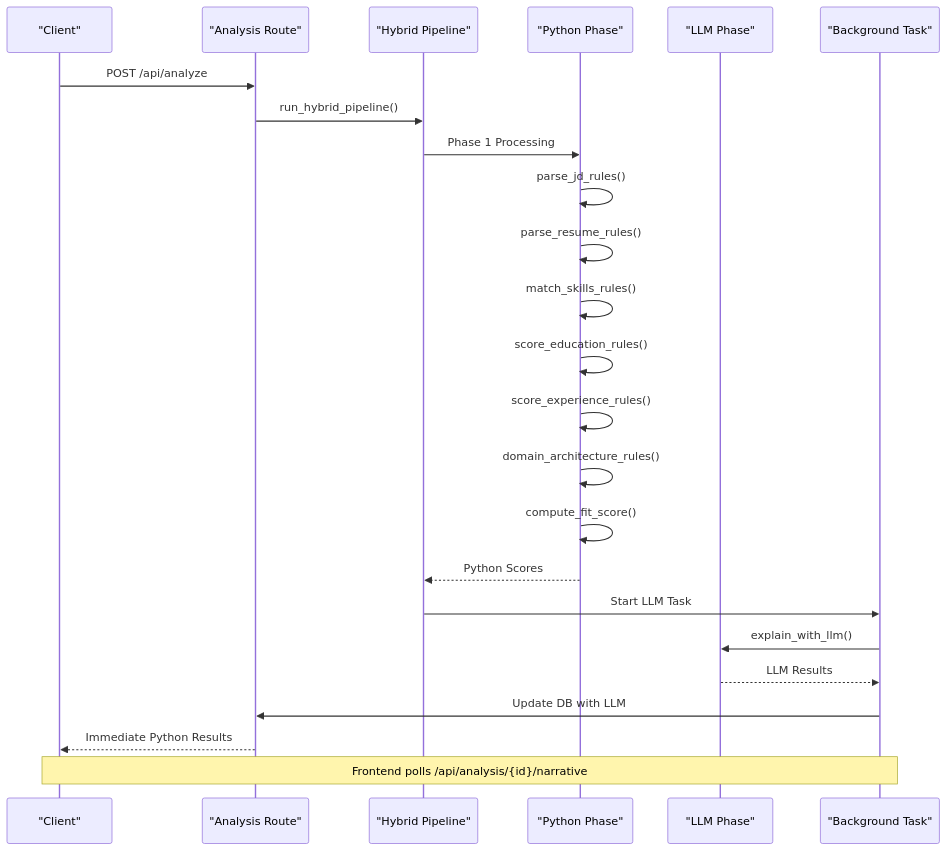
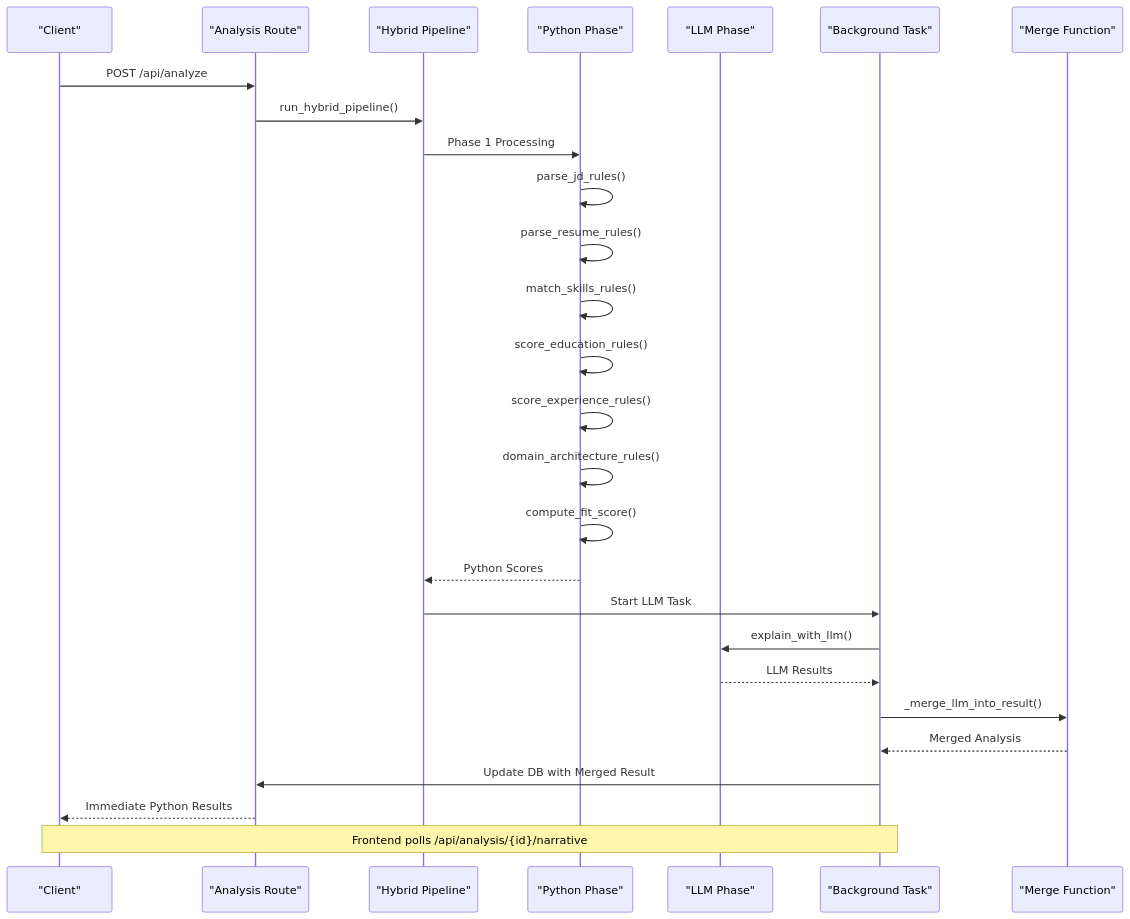
Before and after one commit to Revanththetalogics/aireume: the fifth of 9 diagrams in .qoder/repowiki/en/content/Hybrid Pipeline.md, drawn with Mermaid. The commit also changed other lines of this file and 3 other files, not shown here.

````diff
--- a/.qoder/repowiki/en/content/Hybrid Pipeline.md
+++ b/.qoder/repowiki/en/content/Hybrid Pipeline.md
@@ -206,26 +213,29 @@
 ```mermaid
 sequenceDiagram
 participant Client as "Client"
 participant Route as "Analysis Route"
 participant Hybrid as "Hybrid Pipeline"
 participant Python as "Python Phase"
 participant LLM as "LLM Phase"
 participant Background as "Background Task"
+participant Merge as "Merge Function"
 Client->>Route : POST /api/analyze
 Route->>Hybrid : run_hybrid_pipeline()
 Hybrid->>Python : Phase 1 Processing
 Python->>Python : parse_jd_rules()
 Python->>Python : parse_resume_rules()
 Python->>Python : match_skills_rules()
 Python->>Python : score_education_rules()
 Python->>Python : score_experience_rules()
 Python->>Python : domain_architecture_rules()
 Python->>Python : compute_fit_score()
 Python-->>Hybrid : Python Scores
 Hybrid->>Background : Start LLM Task
 Background->>LLM : explain_with_llm()
 LLM-->>Background : LLM Results
-Background->>Route : Update DB with LLM
+Background->>Merge : _merge_llm_into_result()
+Merge-->>Background : Merged Analysis
+Background->>Route : Update DB with Merged Result
 Route-->>Client : Immediate Python Results
 Note over Client,Background : Frontend polls /api/analysis/{id}/narrative
 ```
````
